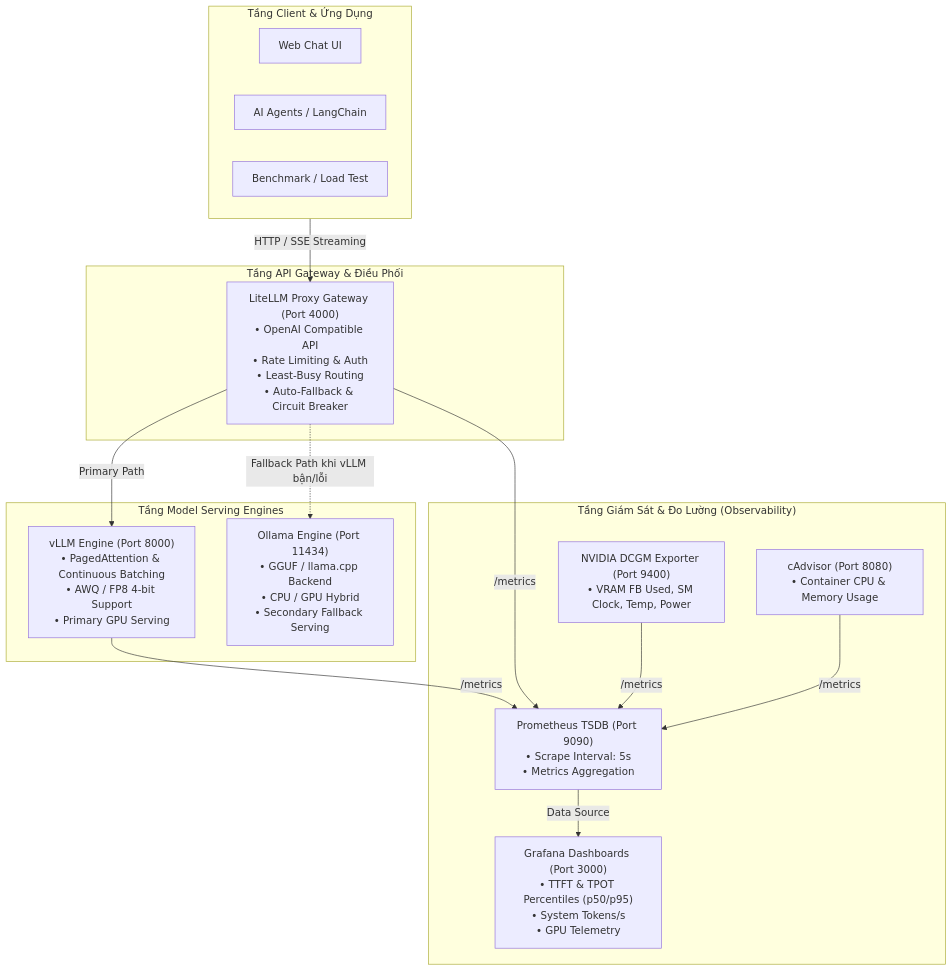
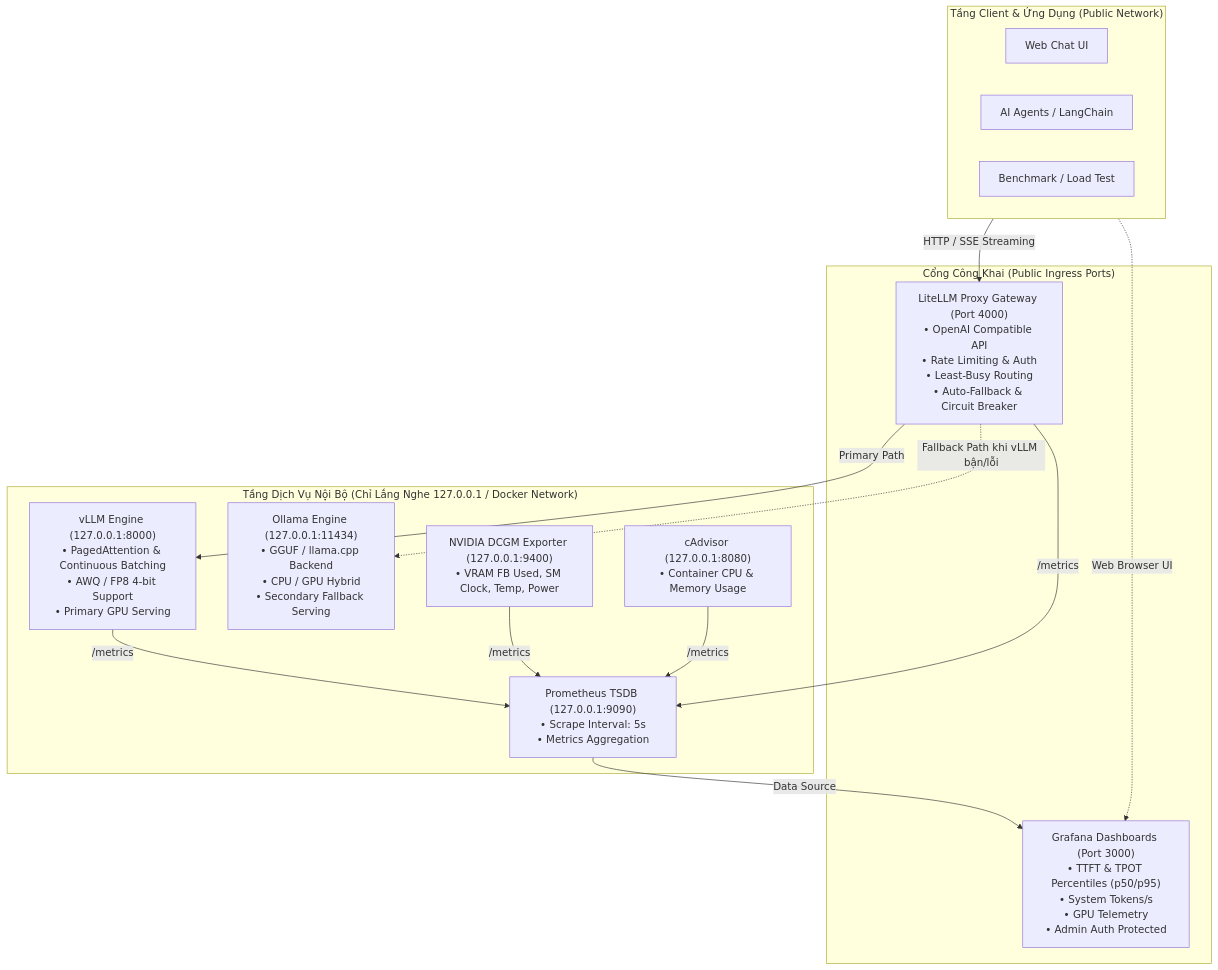
The diagram in README.md (MinhLight2406/Self-hosted-LLM-Serving-Platform-v-i-Docker-Compose-Monitoring), drawn with Mermaid before and after one commit. The commit also changed other lines of this file and 6 other files, not shown here.

First line of the commit message:
fix(security): harden network isolation, enforce env secrets and mask API credentials

````diff
--- a/README.md
+++ b/README.md
@@ -19,34 +28,32 @@
 ```mermaid
 flowchart TD
-    subgraph Clients["Tầng Client & Ứng Dụng"]
+    subgraph Clients["Tầng Client & Ứng Dụng (Public Network)"]
         Web[Web Chat UI]
         Agent[AI Agents / LangChain]
         Bench[Benchmark / Load Test]
     end
 
-    subgraph Gateway["Tầng API Gateway & Điều Phối"]
+    subgraph PublicEndpoints["Cổng Công Khai (Public Ingress Ports)"]
         LiteLLM["LiteLLM Proxy Gateway (Port 4000)<br/>• OpenAI Compatible API<br/>• Rate Limiting & Auth<br/>• Least-Busy Routing<br/>• Auto-Fallback & Circuit Breaker"]
+        Grafana["Grafana Dashboards (Port 3000)<br/>• TTFT & TPOT Percentiles (p50/p95)<br/>• System Tokens/s<br/>• GPU Telemetry<br/>• Admin Auth Protected"]
     end
 
-    subgraph Engines["Tầng Model Serving Engines"]
-        vLLM["vLLM Engine (Port 8000)<br/>• PagedAttention & Continuous Batching<br/>• AWQ / FP8 4-bit Support<br/>• Primary GPU Serving"]
-        Ollama["Ollama Engine (Port 11434)<br/>• GGUF / llama.cpp Backend<br/>• CPU / GPU Hybrid<br/>• Secondary Fallback Serving"]
-    end
-
-    subgraph Observability["Tầng Giám Sát & Đo Lường (Observability)"]
-        Prometheus["Prometheus TSDB (Port 9090)<br/>• Scrape Interval: 5s<br/>• Metrics Aggregation"]
-        Grafana["Grafana Dashboards (Port 3000)<br/>• TTFT & TPOT Percentiles (p50/p95)<br/>• System Tokens/s<br/>• GPU Telemetry"]
-        DCGM["NVIDIA DCGM Exporter (Port 9400)<br/>• VRAM FB Used, SM Clock, Temp, Power"]
-        cAdvisor["cAdvisor (Port 8080)<br/>• Container CPU & Memory Usage"]
+    subgraph InternalIsolated["Tầng Dịch Vụ Nội Bộ (Chỉ Lắng Nghe 127.0.0.1 / Docker Network)"]
+        vLLM["vLLM Engine (127.0.0.1:8000)<br/>• PagedAttention & Continuous Batching<br/>• AWQ / FP8 4-bit Support<br/>• Primary GPU Serving"]
+        Ollama["Ollama Engine (127.0.0.1:11434)<br/>• GGUF / llama.cpp Backend<br/>• CPU / GPU Hybrid<br/>• Secondary Fallback Serving"]
+        Prometheus["Prometheus TSDB (127.0.0.1:9090)<br/>• Scrape Interval: 5s<br/>• Metrics Aggregation"]
+        DCGM["NVIDIA DCGM Exporter (127.0.0.1:9400)<br/>• VRAM FB Used, SM Clock, Temp, Power"]
+        cAdvisor["cAdvisor (127.0.0.1:8080)<br/>• Container CPU & Memory Usage"]
     end
 
     Clients -->|HTTP / SSE Streaming| LiteLLM
+    Clients -.->|Web Browser UI| Grafana
     LiteLLM -->|Primary Path| vLLM
     LiteLLM -.->|Fallback Path khi vLLM bận/lỗi| Ollama
 
     vLLM -->|/metrics| Prometheus
     LiteLLM -->|/metrics| Prometheus
     DCGM -->|/metrics| Prometheus
     cAdvisor -->|/metrics| Prometheus
     Prometheus -->|Data Source| Grafana
 ```
````
